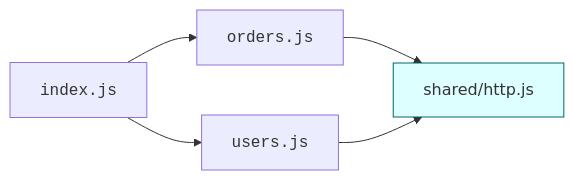
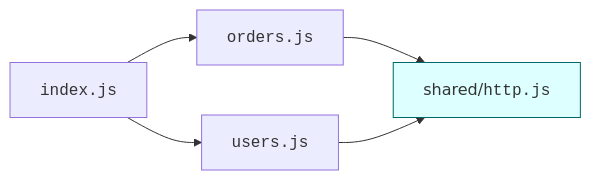
Before and after one commit to dataslope/dataslope: the second of 2 diagrams in content/learn/beginners-javascript/modular-organization.mdx, drawn with Mermaid. The commit also changed other lines of this file and 100 other files, not shown here.

First line of the commit message:
Wrap more code in diagram labels: filenames, hex, assignments, subgraph titles

````diff
--- a/content/learn/beginners-javascript/modular-organization.mdx
+++ b/content/learn/beginners-javascript/modular-organization.mdx
@@ -225,8 +225,8 @@
 ```mermaid
 flowchart LR
     A["<code>index.js</code>"] --> B["<code>users.js</code>"]
     A --> C["<code>orders.js</code>"]
-    C --> D[shared/http.js]
+    C --> D["shared/<code>http.js</code>"]
     B --> D
     style D fill:#dff,stroke:#066
 ```
````
